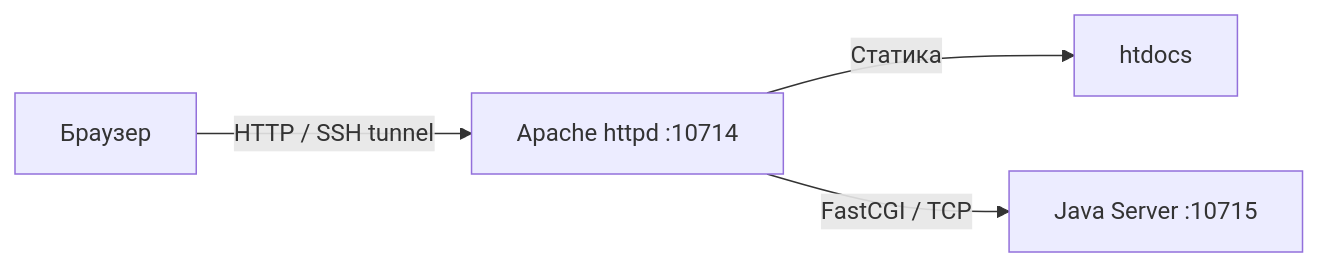
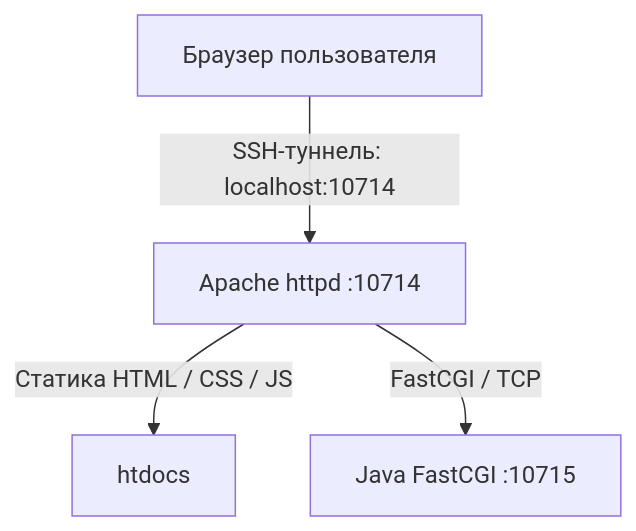
Before and after one commit to sergeypugin/ITMO: the diagram in 3_Web/lab2/README.md, drawn with Mermaid. The commit also changed other lines of this file and 4 other files, not shown here.

````diff
--- a/3_Web/lab2/README.md
+++ b/3_Web/lab2/README.md
@@ -19,6 +21,6 @@
 ```mermaid
-graph LR
-    A[Браузер] -->|HTTP / SSH tunnel| B[Apache httpd :10714]
-    B -->|Статика| C[htdocs]
-    B -->|FastCGI / TCP| D[Java Server :10715]
+graph TD
+    Client[Браузер пользователя] -->|SSH-туннель: localhost:10714| WebServer[Apache httpd :10714]
+    WebServer -->|Статика HTML / CSS / JS| StaticFiles[htdocs]
+    WebServer -->|FastCGI / TCP| Backend[Java FastCGI :10715]
 ```
````
